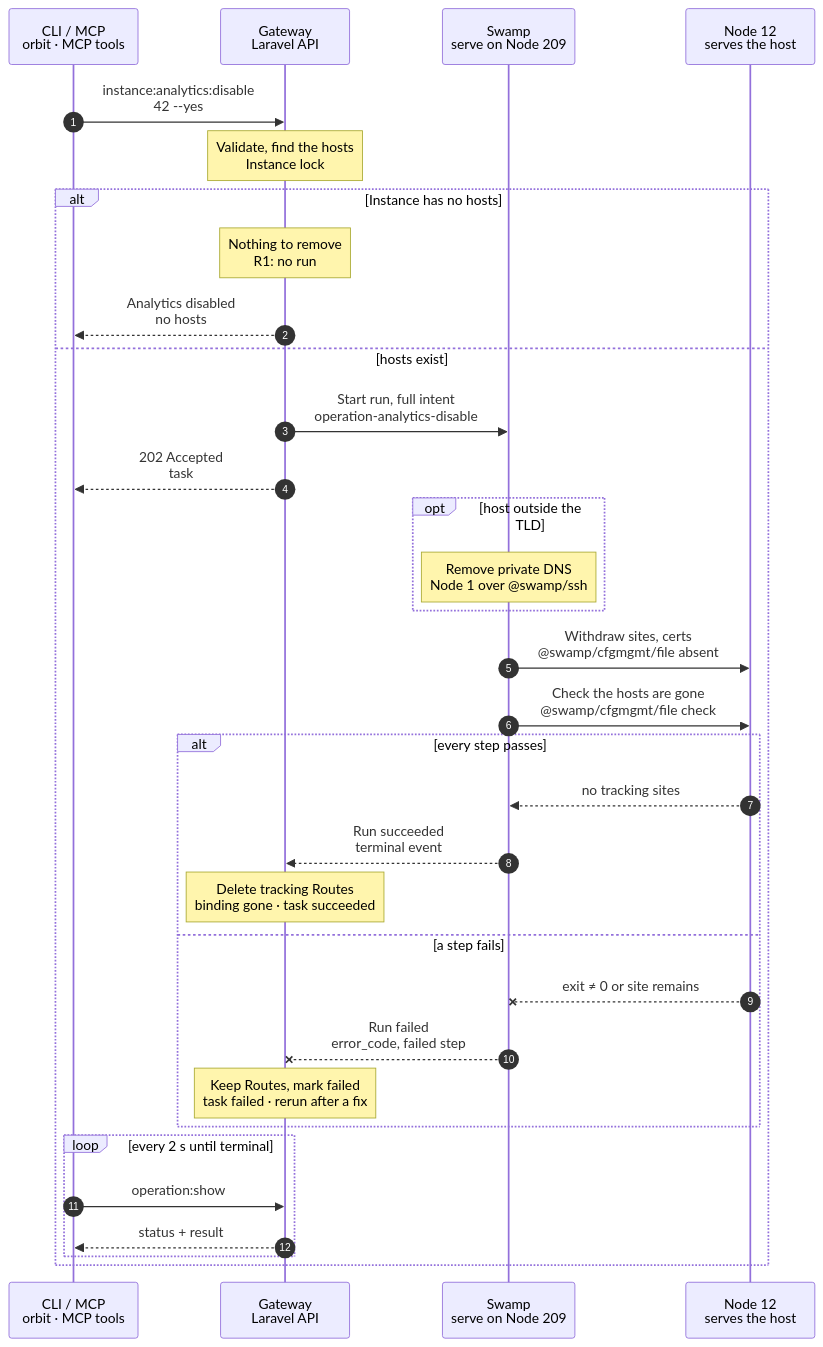
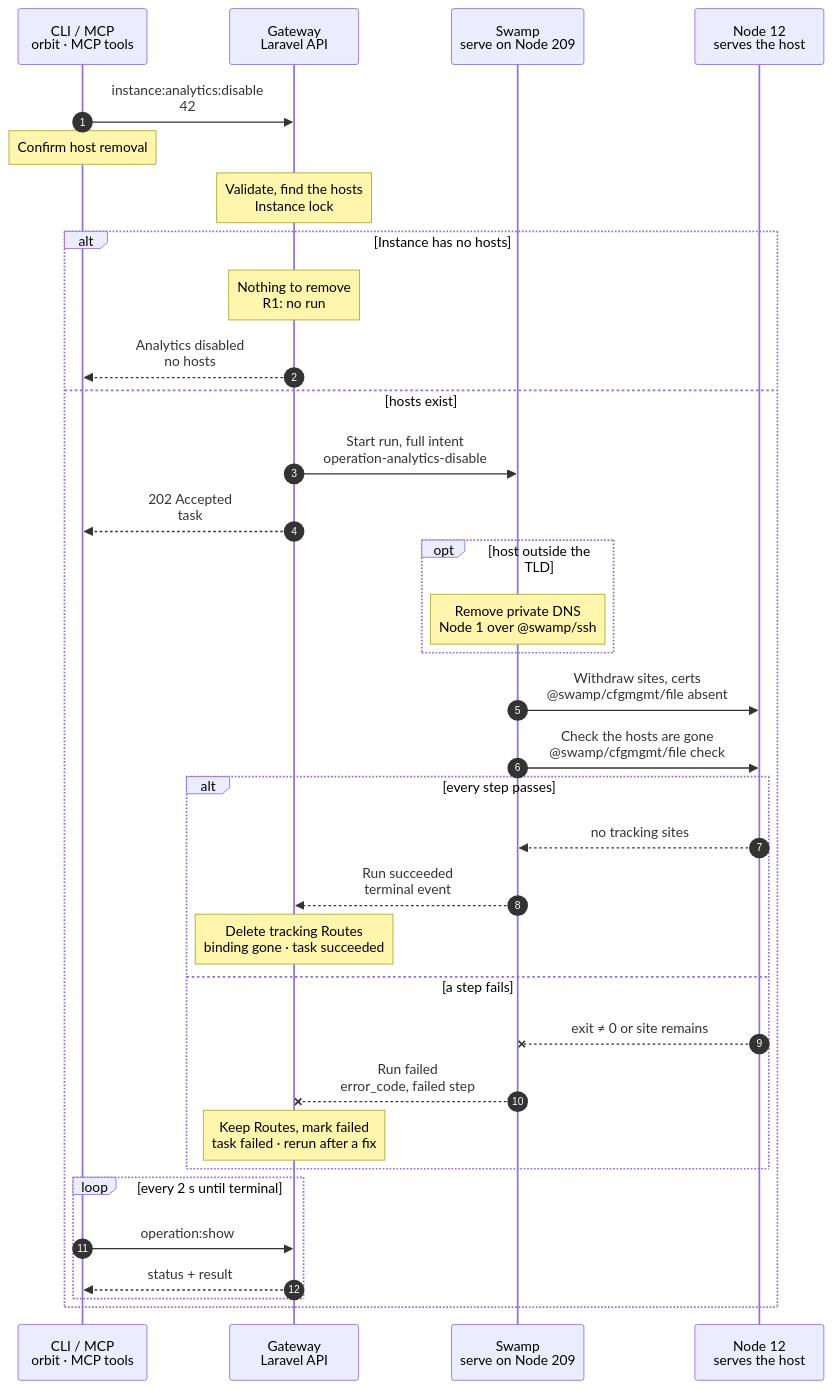
The diagram in docs/cli/instance/analytics-disable.mmd (hardimpactdev/orbit), drawn with Mermaid before and after one commit. The commit also changed 13 other files, not shown here.

First line of the commit message:
docs(instance): charts draw the required-parameter path first (flow rule 23); dev deploy checks branch only for --commit (#2475)

```diff
--- a/docs/cli/instance/analytics-disable.mmd
+++ b/docs/cli/instance/analytics-disable.mmd
@@ -1,109 +1,112 @@
 sequenceDiagram
   %% Target design: ADR 0244 task, Recall analytics-plausible-via-swamp (disable keeps the Plausible site), DECISIONS, R1-R4. docs/reference/analytics.md.
   %% Tightened: flow-tighten 2026-11-02, rules 3, 8, 17, 22 (DNS first and only outside the TLD; sites and certificates withdrawn in one step, as route:destroy does).
   %% status: draft
   %% command: instance:analytics:disable
   %% kind: analytics.disable
   autonumber
   %% lane CLI icon=terminal pill=caller tone=gray
   %% lane GW icon=gateway pill=intent tone=blue
   %% lane SW icon=workflow pill=executes tone=green
   %% lane N icon=server pill=target tone=amber
   participant CLI as CLI / MCP<br/>orbit · MCP tools
   participant GW as Gateway<br/>Laravel API
   participant SW as Swamp<br/>serve on Node 209
   participant N as Node 12<br/>serves the host
-  CLI->>GW: instance:analytics:disable<br/>42 --yes
+  CLI->>GW: instance:analytics:disable<br/>42
   %%> Command:
-  %%> - `orbit instance:analytics:disable 42 --yes`
+  %%> - `orbit instance:analytics:disable 42`
   %%> - syntax: `<instance> [--yes] [--json]`
   %%> Confirmation:
   %%> - without `--yes`, the CLI asks first; the default is No
   %%> - without a terminal, or with `--json`, `--yes` is required (`input.confirmation_required`)
   %%> What it does:
   %%> - removes every tracking host of Instance 42; Plausible keeps the site and its history
+  Note over CLI: Confirm host removal
+  %%> What it does:
+  %%> - asks for default-No consent before sending the disable request
   Note over GW: Validate, find the hosts<br/>Instance lock
   %%> Requirements:
   %%> - your Node has an access grant to Node 12
   %%> - no other analytics or Route change runs for Instance 42; the Gateway holds one lock
   %%> Decides:
   %%> - whether any tracking host exists
   alt Instance has no hosts
     Note over GW: Nothing to remove<br/>R1: no run
     %%> Result:
     %%> - nothing changes; no Swamp run starts (R1)
     GW-->>CLI: Analytics disabled<br/>no hosts
     %%> What you get:
     %%> - the final result at once; there is nothing to follow
   else hosts exist
     GW->>SW: Start run, full intent<br/>operation-analytics-disable
     %%> What it does:
     %%> - records task #5127 and starts one Swamp run on serve (Node 209)
     %%> Inputs:
     %%> - the tracking sites and certificates to remove, and their DNS records
     %%> - Node 12's address and SSH host keys; the SSH identity comes from the `swamp` role
     %%> Not included:
     %%> - Plausible credentials; disable does not call Plausible
     GW-->>CLI: 202 Accepted<br/>task #5127
     %%> What you get:
     %%> - the task number, at once
     %%> Next:
     %%> - the CLI follows the task with `operation:show`
     opt host outside the TLD
       Note over SW: Remove private DNS<br/>Node 1 over @swamp/ssh
       %%> When:
       %%> - only for a tracking host outside the Cluster or Node TLD; private DNS answers the whole TLD
       %%> What it does:
       %%> - removes the hosts' private DNS records and waits the 31-second grace
       %%> How:
       %%> - over SSH from 209 to the VPN Node (Node 1), with the `swamp` role's key
       %%> Why first:
       %%> - unpublish before removing: the name stops resolving before its site leaves
     end
     SW->>N: Withdraw sites, certs<br/>@swamp/cfgmgmt/file absent
     %%> How:
     %%> - over SSH from 209 with `@swamp/ssh` and `@swamp/cfgmgmt/file`; `caddy validate` as one `@swamp/ssh exec`, then a reload
     %%> What it does:
     %%> - removes only the tracking sections; other sites stay; validates, then reloads Caddy without a restart
     %%> - on a Router, then removes the tracking certificates in the same step; tracking hosts on a Node-scoped Route have no Orbit certificate
     %%> Why one step:
     %%> - the mirror of `instance:analytics:enable`, and of `route:destroy`; the site goes before its certificate, so no read of the loaded config runs first
     SW->>N: Check the hosts are gone<br/>@swamp/cfgmgmt/file check
     %%> What it does:
     %%> - reads the loaded Caddy config and checks no tracking site remains
     alt every step passes
       N-->>SW: no tracking sites
       %%> Returns:
       %%> - the check passed
       SW-->>GW: Run succeeded<br/>terminal event
       %%> How the Gateway learns it:
       %%> - its shared run reader sees the terminal event; Swamp never calls the Gateway
       Note over GW: Delete tracking Routes<br/>binding gone · task succeeded
       %%> Result:
       %%> - the tracking Routes and the site binding are deleted
       %%> - the Plausible site, its history and its goals stay
       %%> - task #5127 succeeds
     else a step fails
       N--xSW: exit ≠ 0 or site remains
       %%> When:
       %%> - Caddy refuses the config, SSH fails, or a tracking site is still loaded
       SW--xGW: Run failed<br/>error_code, failed step
       %%> The Gateway reads:
       %%> - which step failed and its error code
       Note over GW: Keep Routes, mark failed<br/>task failed · rerun after a fix
       %%> Result:
       %%> - the tracking Routes and the site binding stay, marked failed; task #5127 fails
       %%> On the Node:
       %%> - sections already withdrawn stay withdrawn; there is no rollback
       %%> Retry:
       %%> - run the same command again; it skips what is already gone
     end
     loop every 2 s until terminal
       CLI->>GW: operation:show #5127
       %%> What it does:
       %%> - asks for the task's status every 2 seconds until it has ended
       GW-->>CLI: status + result
       %%> Returns:
       %%> - the current status, and the result once the task has ended
     end
   end
```
